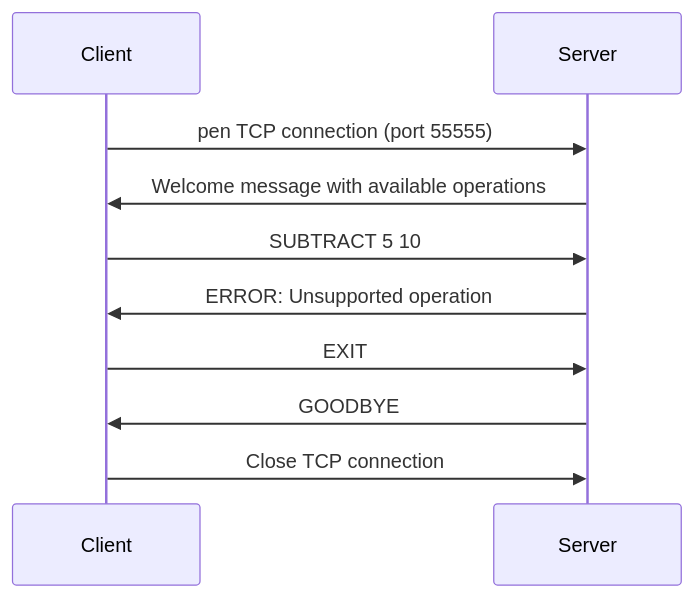
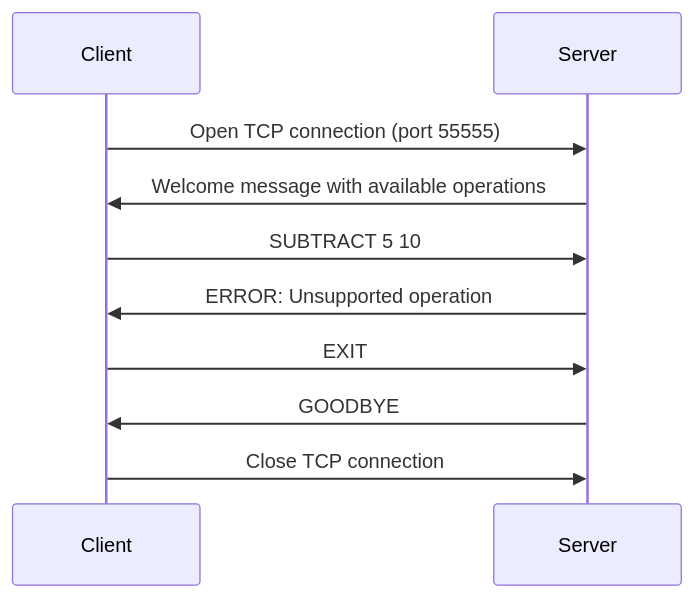
The second of 5 diagrams in specs/ryadbouzourene_Anthony-Christen/protocol.md (ryadbouzourene/dai-lab-protocoldesign-bouzourene-christen), drawn with Mermaid before and after one commit.

````diff
--- a/specs/ryadbouzourene_Anthony-Christen/protocol.md
+++ b/specs/ryadbouzourene_Anthony-Christen/protocol.md
@@ -97,13 +97,13 @@
 ```mermaid
 sequenceDiagram
   participant Client
   participant Server
 
-  Client->>Server: pen TCP connection (port 55555)
+  Client->>Server: Open TCP connection (port 55555)
   Server->>Client: Welcome message with available operations
   Client->>Server: SUBTRACT 5 10
   Server->>Client: ERROR: Unsupported operation
   Client->>Server: EXIT
   Server->>Client: GOODBYE
   Client->>Server: Close TCP connection
 ```
````
